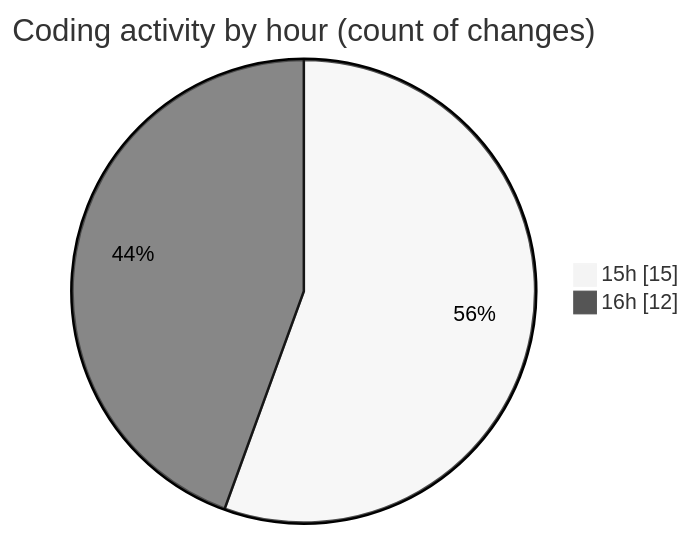
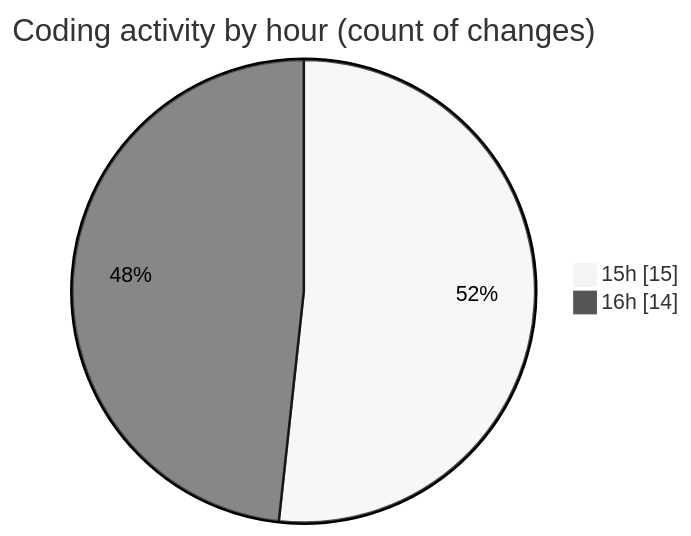
Before and after one commit to robertbonfada/code-tracking: the second of 2 diagrams in 2025-02-04/mbc-web/README.md, drawn with Mermaid (neutral theme). The commit also changed other lines of this file and 1 other file, not shown here.

````diff
--- a/2025-02-04/mbc-web/README.md
+++ b/2025-02-04/mbc-web/README.md
@@ -30,6 +30,6 @@
 ```mermaid
 pie showData
 title Coding activity by hour (count of changes)
 "15h" : 15
-"16h" : 12
+"16h" : 14
 ```
````
